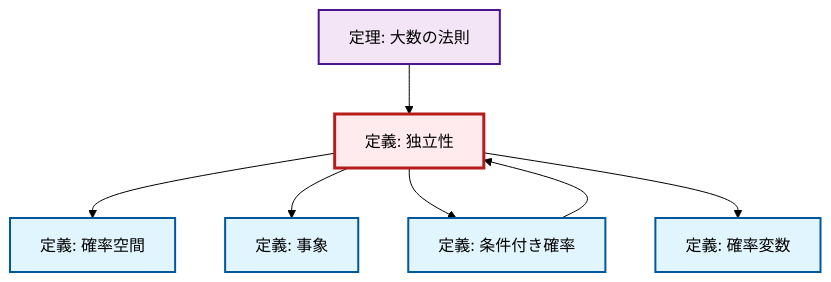
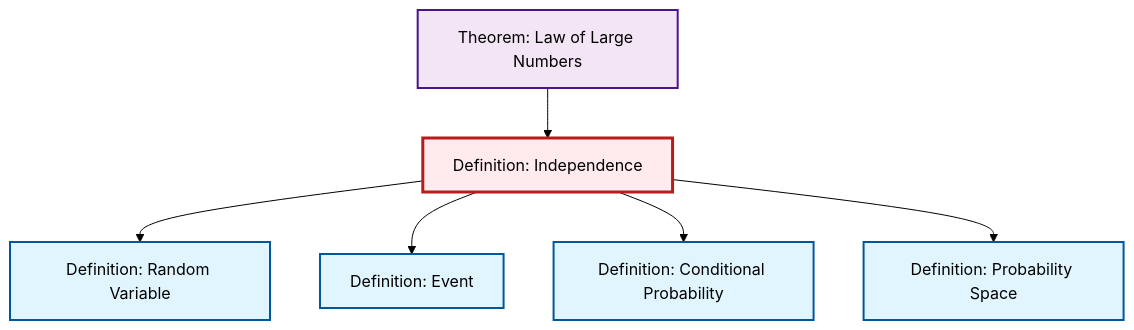
The diagram in content/ja/probability-statistics/def-independence.qmd (RK0429/ModernMath), drawn with Mermaid (forest theme) before and after one commit. The commit also changed other lines of this file and 474 other files, not shown here.

````diff
--- a/content/ja/probability-statistics/def-independence.qmd
+++ b/content/ja/probability-statistics/def-independence.qmd
@@ -114,27 +114,26 @@
 ```{mermaid}
-%%| fig-cap: "ローカル依存関係グラフ"
+%%| fig-cap: "Local dependency graph"
 graph TD
     classDef definition fill:#e1f5fe,stroke:#01579b,stroke-width:2px
     classDef theorem fill:#f3e5f5,stroke:#4a148c,stroke-width:2px
     classDef axiom fill:#fff3e0,stroke:#e65100,stroke-width:2px
     classDef example fill:#e8f5e9,stroke:#1b5e20,stroke-width:2px
     classDef current fill:#ffebee,stroke:#b71c1c,stroke-width:3px
-    thm-law-of-large-numbers["定理: 大数の法則"]:::theorem
-    def-probability-space["定義: 確率空間"]:::definition
-    def-event["定義: 事象"]:::definition
-    def-conditional-probability["定義: 条件付き確率"]:::definition
-    def-random-variable["定義: 確率変数"]:::definition
-    def-independence["定義: 独立性"]:::definition
+    thm-law-of-large-numbers["Theorem: Law of Large Numbers"]:::theorem
+    def-random-variable["Definition: Random Variable"]:::definition
+    def-event["Definition: Event"]:::definition
+    def-probability-space["Definition: Probability Space"]:::definition
+    def-conditional-probability["Definition: Conditional Probability"]:::definition
+    def-independence["Definition: Independence"]:::definition
     thm-law-of-large-numbers --> def-independence
-    def-independence --> def-probability-space
+    def-independence --> def-random-variable
     def-independence --> def-event
     def-independence --> def-conditional-probability
-    def-independence --> def-random-variable
-    def-conditional-probability --> def-independence
+    def-independence --> def-probability-space
     class def-independence current
-    click thm-law-of-large-numbers "thm-law-of-large-numbers.html" "大数の法則へ移動"
-    click def-probability-space "def-probability-space.html" "確率空間の定義へ移動"
-    click def-event "def-event.html" "事象の定義へ移動"
-    click def-conditional-probability "def-conditional-probability.html" "条件付き確率の定義へ移動"
-    click def-random-variable "def-random-variable.html" "確率変数の定義へ移動"
+    click thm-law-of-large-numbers "thm-law-of-large-numbers.html" "Theorem: Law of Large Numbersへ"
+    click def-random-variable "def-random-variable.html" "Definition: Random Variableへ"
+    click def-event "def-event.html" "Definition: Eventへ"
+    click def-probability-space "def-probability-space.html" "Definition: Probability Spaceへ"
+    click def-conditional-probability "def-conditional-probability.html" "Definition: Conditional Probabilityへ"
 ```
````
